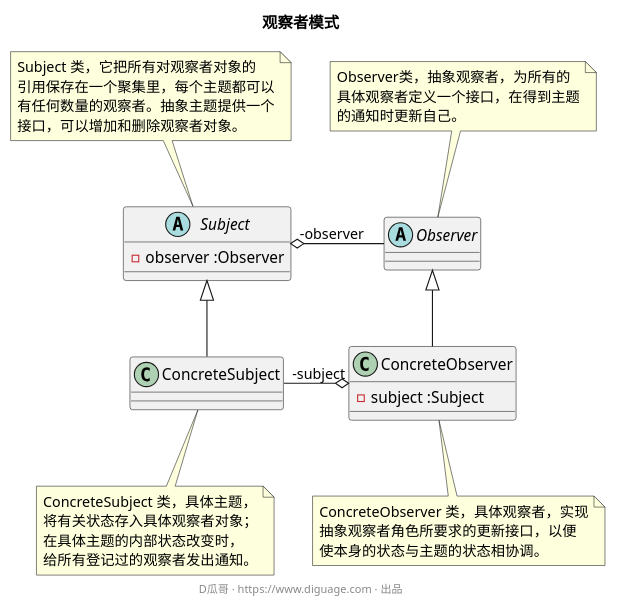
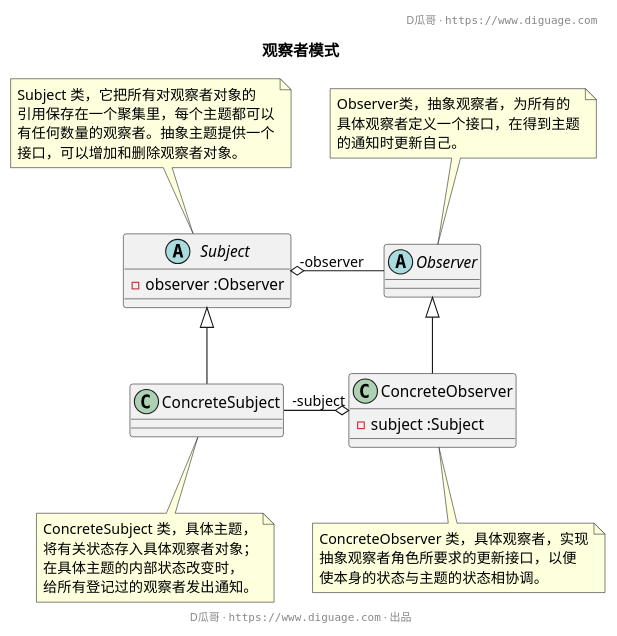
The diagram in docs/assets/diagrams/observer.puml (diguage/yongle), drawn with PlantUML before and after one commit. The commit also changed 1 other file, not shown here.

```diff
--- a/docs/assets/diagrams/observer.puml
+++ b/docs/assets/diagrams/observer.puml
@@ -1,30 +1,32 @@
 @startuml
+header D瓜哥 · ""https://www.diguage.com""
+
 title "**观察者模式**"
 
 abstract class Subject {
   - observer :Observer
 }
 note top: Subject 类，它把所有对观察者对象的\n引用保存在一个聚集里，每个主题都可以\n有任何数量的观察者。抽象主题提供一个\n接口，可以增加和删除观察者对象。
 
 abstract class Observer {
 }
 note top: Observer类，抽象观察者，为所有的\n具体观察者定义一个接口，在得到主题\n的通知时更新自己。
 
 class ConcreteObserver {
   - subject :Subject
 }
 note bottom: ConcreteObserver 类，具体观察者，实现\n抽象观察者角色所要求的更新接口，以便\n使本身的状态与主题的状态相协调。
 
 class ConcreteSubject {
 }
 note bottom: ConcreteSubject 类，具体主题，\n将有关状态存入具体观察者对象；\n在具体主题的内部状态改变时，\n给所有登记过的观察者发出通知。
 
 Subject "-observer" o-right- Observer
 
 Subject  <|-- ConcreteSubject
 Observer <|-- ConcreteObserver
 
 ConcreteObserver "-subject" o-left- ConcreteSubject
 
-footer D瓜哥 · https://www.diguage.com · 出品
+footer D瓜哥 · ""https://www.diguage.com"" · 出品
 @enduml
```
